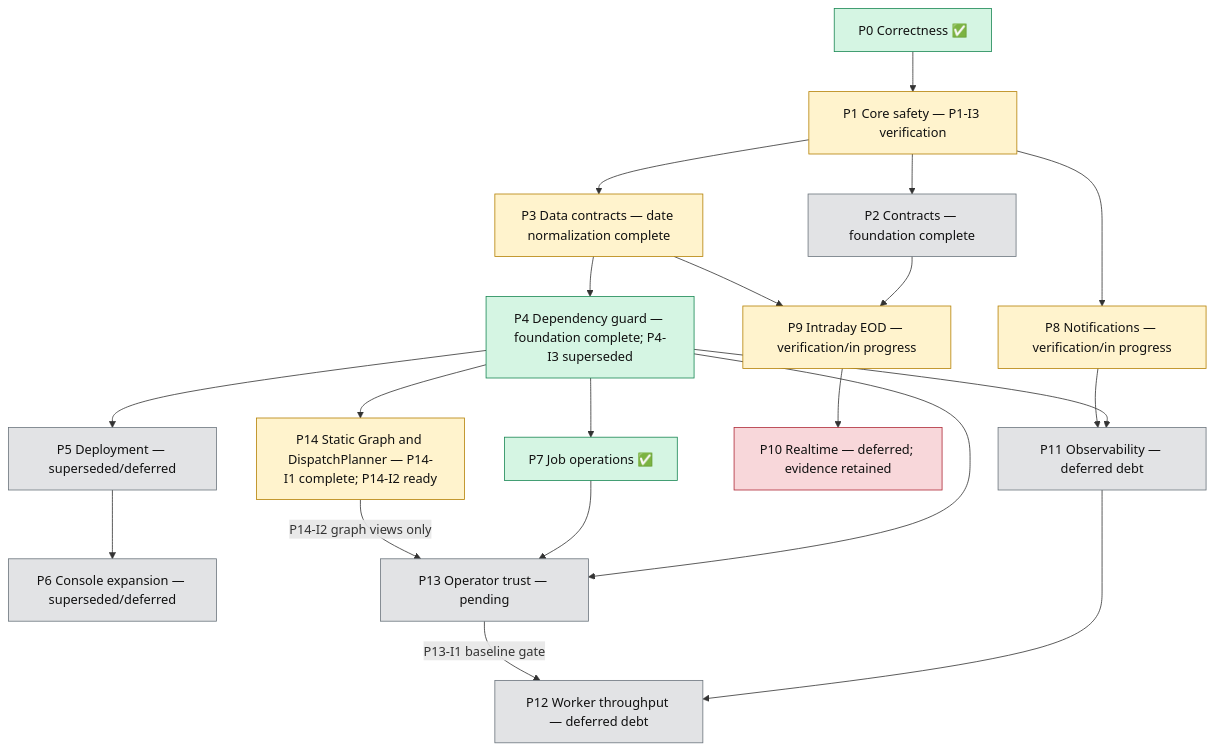
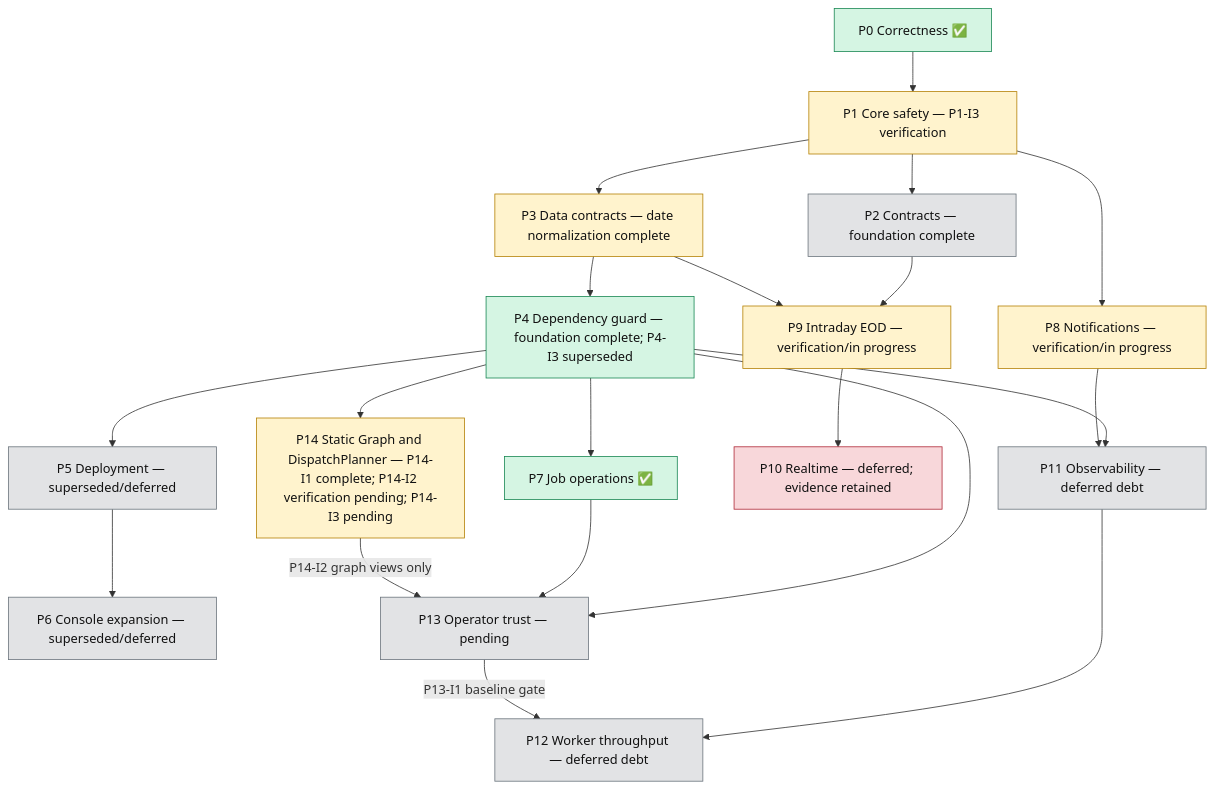
One commit to tanlocit9/omni changed the diagram in docs/plans/roadmap/roadmap.md. Above: the diagram before and after it, drawn with Mermaid. The commit also changed other lines of this file and 30 other files, not shown here.

````diff
--- a/docs/plans/roadmap/roadmap.md
+++ b/docs/plans/roadmap/roadmap.md
@@ -7,31 +7,31 @@
 ```mermaid
 flowchart TD
     P0["P0 Correctness ✅"] --> P1["P1 Core safety — P1-I3 verification"]
     P1 --> P2["P2 Contracts — foundation complete"]
     P1 --> P3["P3 Data contracts — date normalization complete"]
     P3 --> P4["P4 Dependency guard — foundation complete; P4-I3 superseded"]
-    P4 --> P14["P14 Static Graph and DispatchPlanner — P14-I1 complete; P14-I2 ready"]
+    P4 --> P14["P14 Static Graph and DispatchPlanner — P14-I1 complete; P14-I2 verification pending; P14-I3 pending"]
     P4 --> P5["P5 Deployment — superseded/deferred"]
     P5 --> P6["P6 Console expansion — superseded/deferred"]
     P4 --> P7["P7 Job operations ✅"]
     P1 --> P8["P8 Notifications — verification/in progress"]
     P2 --> P9["P9 Intraday EOD — verification/in progress"]
     P3 --> P9
     P9 --> P10["P10 Realtime — deferred; evidence retained"]
     P4 --> P11["P11 Observability — deferred debt"]
     P8 --> P11
     P4 --> P13["P13 Operator trust — pending"]
     P7 --> P13
     P14 -->|"P14-I2 graph views only"| P13
     P11 --> P12["P12 Worker throughput — deferred debt"]
     P13 -->|"P13-I1 baseline gate"| P12
 
     classDef done fill:#d5f5e3,stroke:#198754,color:#111;
     classDef active fill:#fff3cd,stroke:#b58105,color:#111;
     classDef pending fill:#e2e3e5,stroke:#6c757d,color:#111;
     classDef blocked fill:#f8d7da,stroke:#b02a37,color:#111;
     class P0,P4,P7 done;
     class P1,P3,P8,P9,P14 active;
     class P2,P5,P6,P11,P12,P13 pending;
     class P10 blocked;
 ```
````
